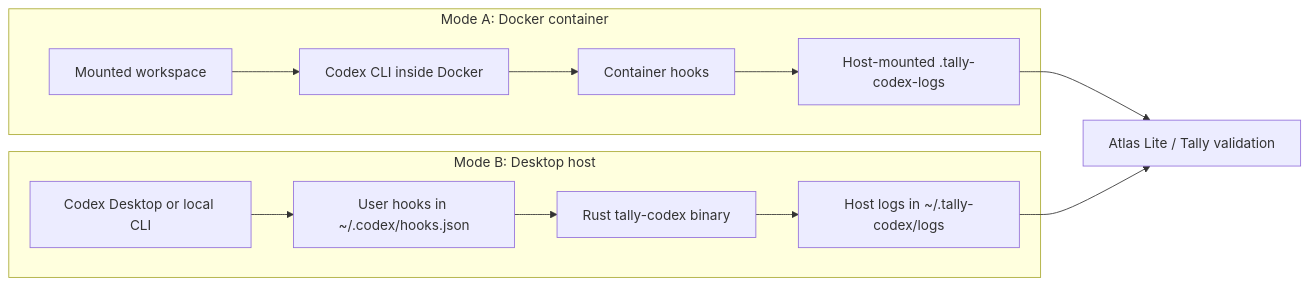
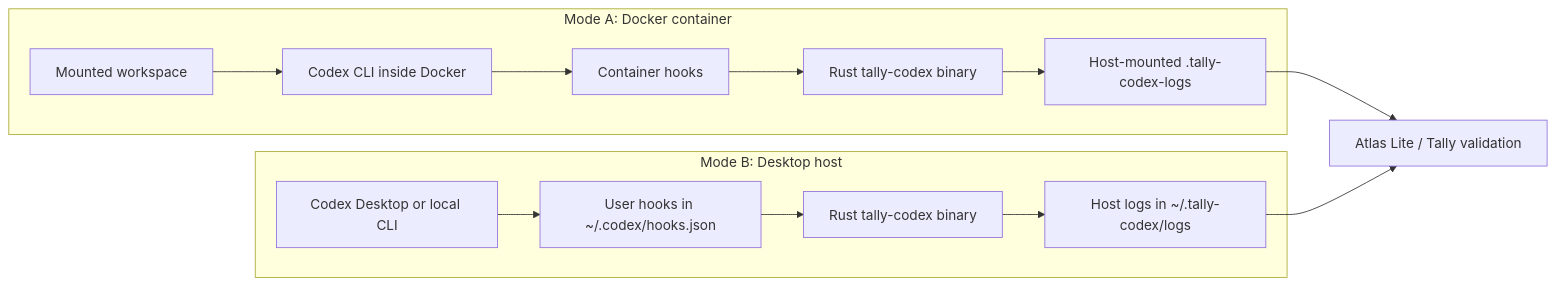
The diagram in README.md (OpenOrigins/tally), drawn with Mermaid before and after one commit. The commit also changed other lines of this file and 3 other files, not shown here.

````diff
--- a/README.md
+++ b/README.md
@@ -25,21 +31,22 @@
 ```mermaid
 flowchart LR
     subgraph DockerMode["Mode A: Docker container"]
         Workspace["Mounted workspace"]
         Container["Codex CLI inside Docker"]
         ContainerHooks["Container hooks"]
+        ContainerBinary["Rust tally-codex binary"]
         ContainerLogs["Host-mounted .tally-codex-logs"]
-        Workspace --> Container --> ContainerHooks --> ContainerLogs
+        Workspace --> Container --> ContainerHooks --> ContainerBinary --> ContainerLogs
     end
 
     subgraph HostMode["Mode B: Desktop host"]
         Desktop["Codex Desktop or local CLI"]
         HostHooks["User hooks in ~/.codex/hooks.json"]
         HostBinary["Rust tally-codex binary"]
         HostLogs["Host logs in ~/.tally-codex/logs"]
         Desktop --> HostHooks --> HostBinary --> HostLogs
     end
 
     ContainerLogs --> Atlas["Atlas Lite / Tally validation"]
     HostLogs --> Atlas
 ```
````
